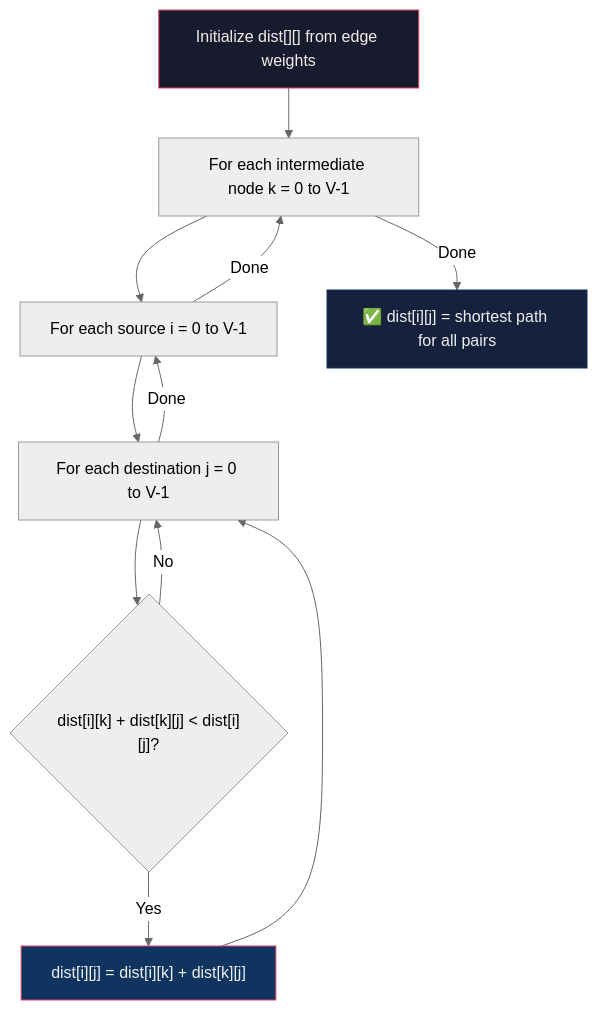
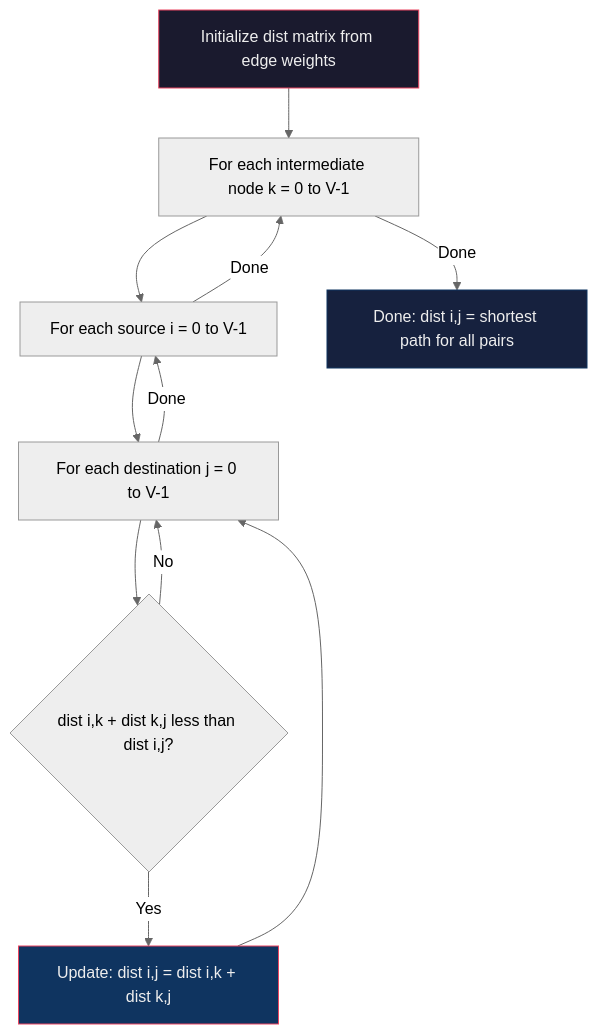
One commit to istaari/Leetcode changed diagram 17 of 17 in notes/Graph.md. Above: the diagram before and after it, drawn with Mermaid (neutral theme). The commit also changed other lines of this file and 12 other files, not shown here.

````diff
--- a/notes/Graph.md
+++ b/notes/Graph.md
@@ -2284,17 +2284,17 @@
 ```mermaid
 graph TD
-    A["Initialize dist[][] from edge weights"] --> B["For each intermediate node k = 0 to V-1"]
+    A["Initialize dist matrix from edge weights"] --> B["For each intermediate node k = 0 to V-1"]
     B --> C["For each source i = 0 to V-1"]
     C --> D["For each destination j = 0 to V-1"]
-    D --> E{"dist[i][k] + dist[k][j] < dist[i][j]?"}
-    E -- "Yes" --> F["dist[i][j] = dist[i][k] + dist[k][j]"]
+    D --> E{"dist i,k + dist k,j less than dist i,j?"}
+    E -- "Yes" --> F["Update: dist i,j = dist i,k + dist k,j"]
     E -- "No" --> D
     F --> D
     D -- "Done" --> C
     C -- "Done" --> B
-    B -- "Done" --> G["✅ dist[i][j] = shortest path for all pairs"]
+    B -- "Done" --> G["Done: dist i,j = shortest path for all pairs"]
 
     style A fill:#1a1a2e,stroke:#e94560,color:#eee
     style F fill:#0f3460,stroke:#e94560,color:#eee
     style G fill:#16213e,stroke:#0f3460,color:#eee
 ```
````
